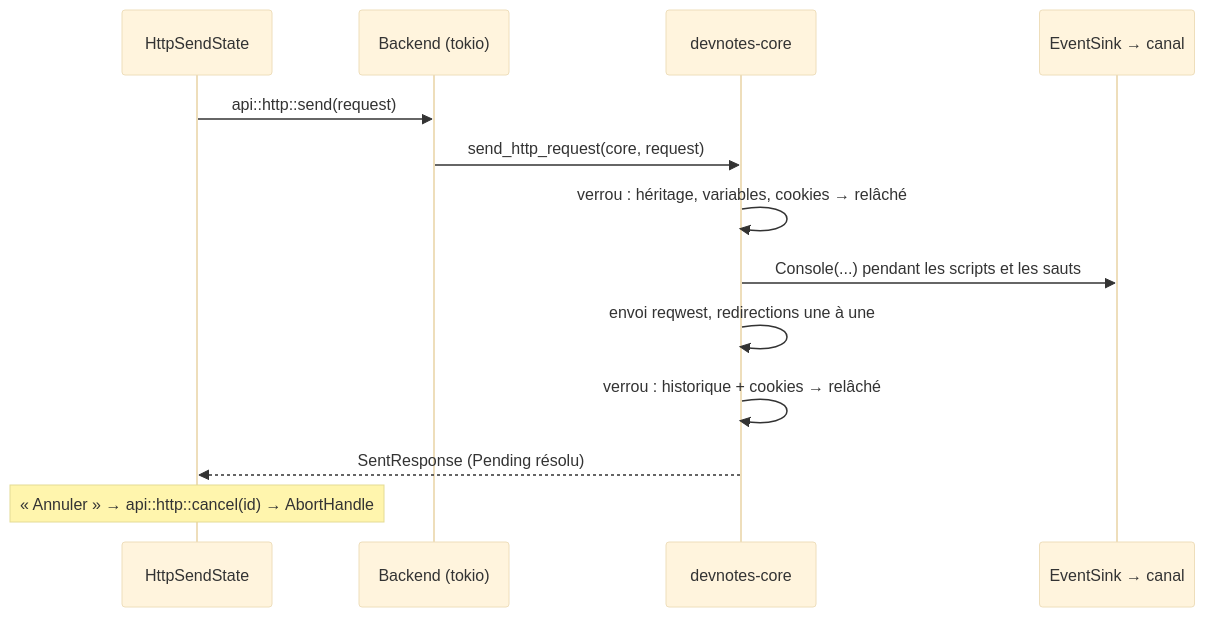
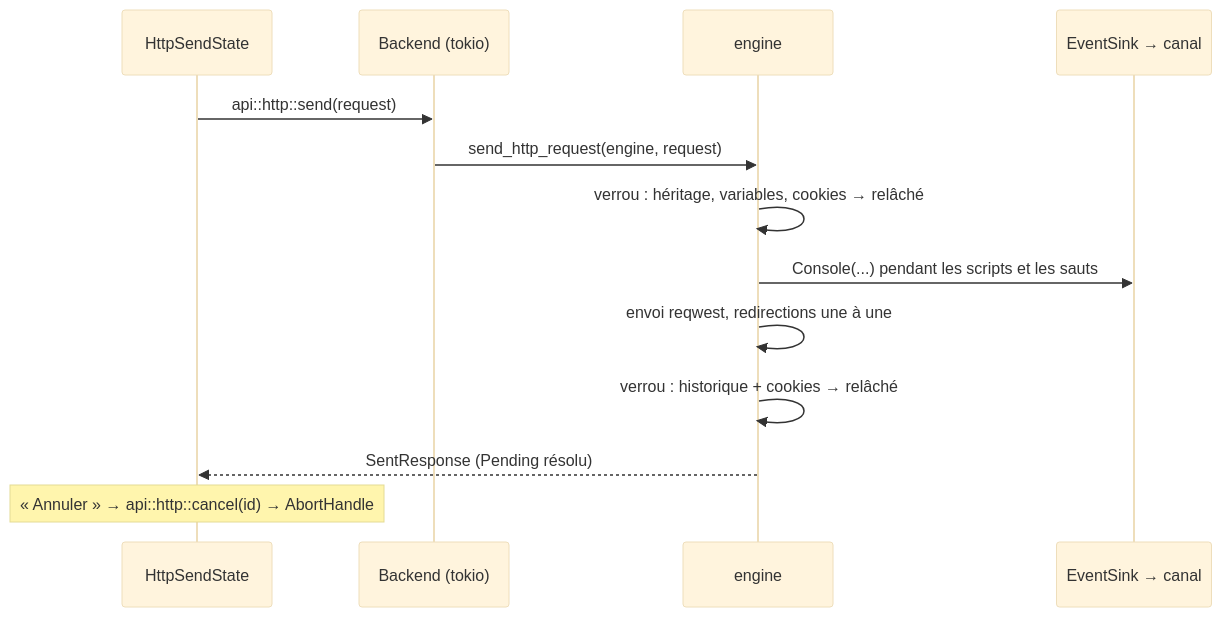
Before and after one commit to vmillet-dev/devnotes-rs: the fifth of 7 diagrams in docs/egui-migration-plan.md, drawn with Mermaid (base theme). The commit also changed other lines of this file, not shown here.

First line of the commit message:
Architecture: name the planned crates without a devnotes- prefix

````diff
--- a/docs/egui-migration-plan.md
+++ b/docs/egui-migration-plan.md
@@ -537,15 +545,15 @@
 ```mermaid
 sequenceDiagram
   participant T as HttpSendState
   participant B as Backend (tokio)
-  participant C as devnotes-core
+  participant C as engine
   participant K as EventSink → canal
   T->>B: api::http::send(request)
-  B->>C: send_http_request(core, request)
+  B->>C: send_http_request(engine, request)
   C->>C: verrou : héritage, variables, cookies → relâché
   C->>K: Console(...) pendant les scripts et les sauts
   C->>C: envoi reqwest, redirections une à une
   C->>C: verrou : historique + cookies → relâché
   C-->>T: SentResponse (Pending résolu)
   Note over T: « Annuler » → api::http::cancel(id) → AbortHandle
 ```
````
